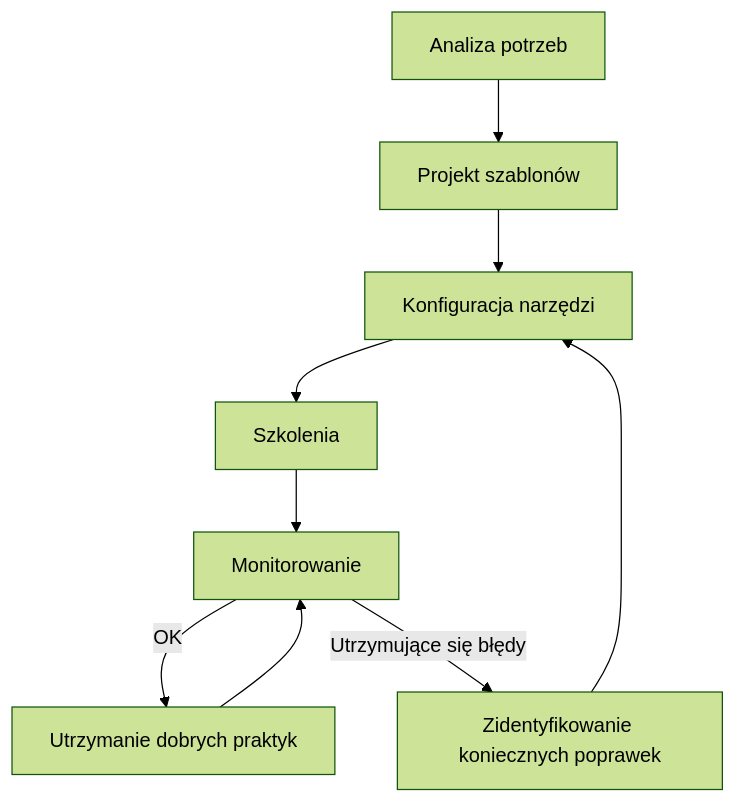
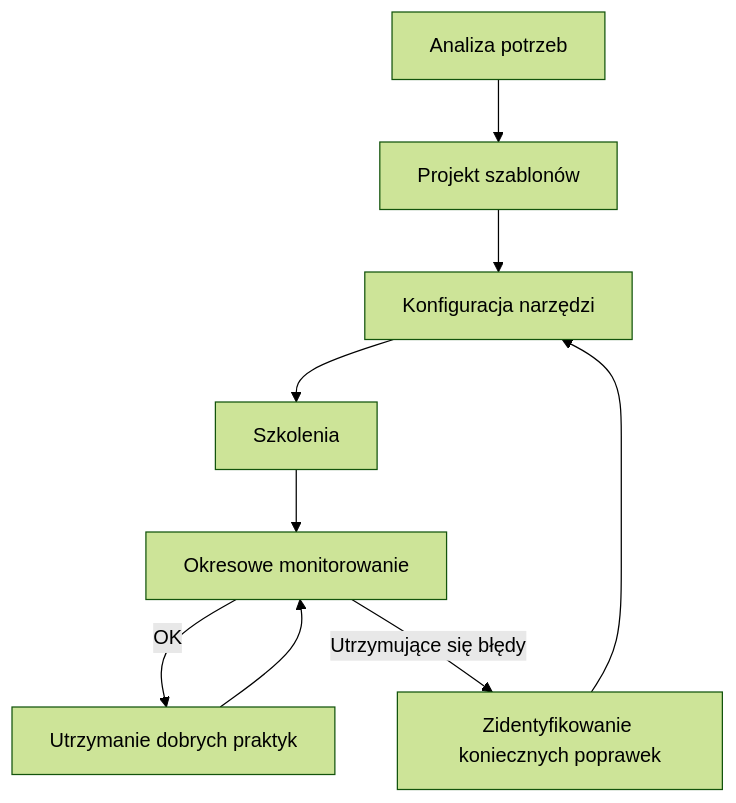
Before and after one commit to Siec-Dostepnosci-Cyfrowej/sdc: the diagram in documentation/docs/komunikacja/konfiguracja-aplikacji/konfiguracja-aplikacji.md, drawn with Mermaid (forest theme). The commit also changed other lines of this file, not shown here.

````diff
--- a/documentation/docs/komunikacja/konfiguracja-aplikacji/konfiguracja-aplikacji.md
+++ b/documentation/docs/komunikacja/konfiguracja-aplikacji/konfiguracja-aplikacji.md
@@ -122,11 +122,11 @@
 ```mermaid
 flowchart TD
     A[Analiza potrzeb] --> B[Projekt szablonów]
     B --> C[Konfiguracja narzędzi]
     C --> D[Szkolenia]
     D --> E[Monitorowanie]
     E -->|OK| F[Utrzymanie dobrych praktyk]
-    F --> E[Monitorowanie]
+    F --> E[Okresowe monitorowanie]
     E -->|Utrzymujące się błędy| G[Zidentyfikowanie koniecznych poprawek]
     G --> C[Konfiguracja narzędzi]
 ```
````
